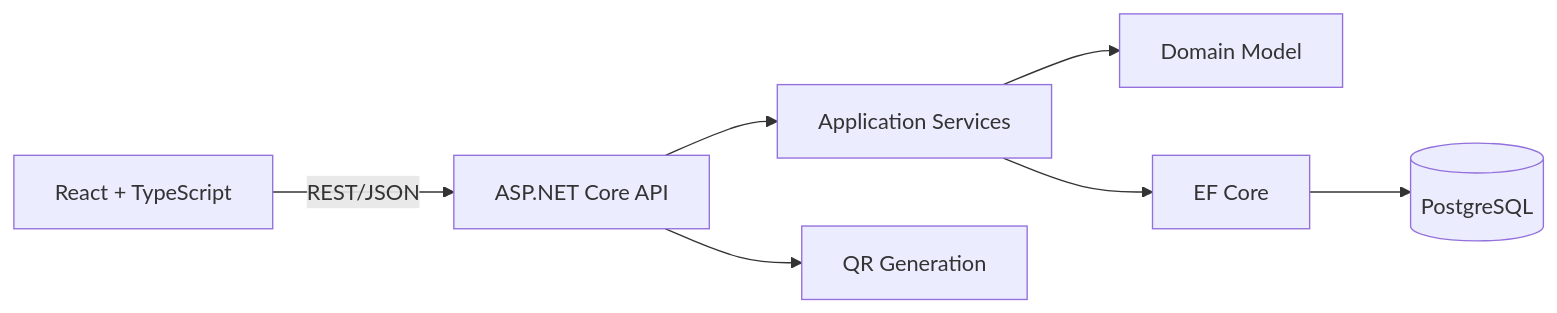
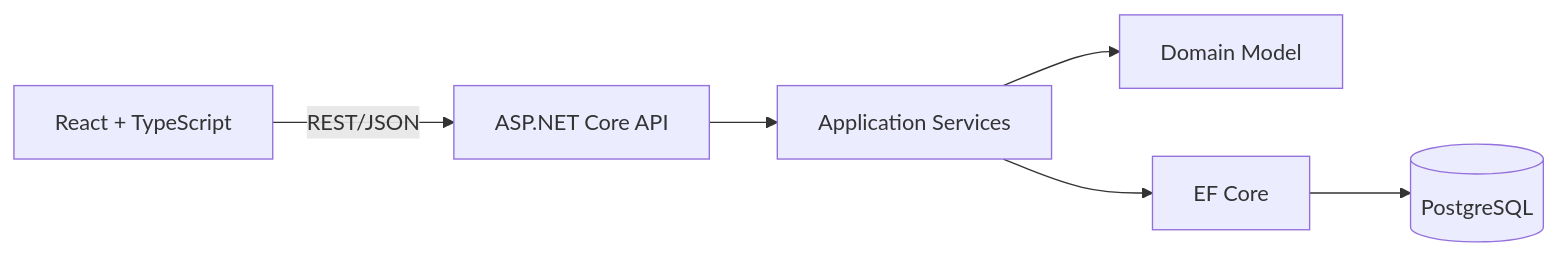
Before and after one commit to jayajosh/Toolbox: the first of 2 diagrams in README.md, drawn with Mermaid. The commit also changed other lines of this file and 46 other files, not shown here.

````diff
--- a/README.md
+++ b/README.md
@@ -83,9 +81,8 @@
 ```mermaid
 flowchart LR
     Browser[React + TypeScript] -->|REST/JSON| API[ASP.NET Core API]
     API --> Application[Application Services]
     Application --> Domain[Domain Model]
     Application --> Persistence[EF Core]
     Persistence --> Database[(PostgreSQL)]
-    API --> QR[QR Generation]
 ```
````
